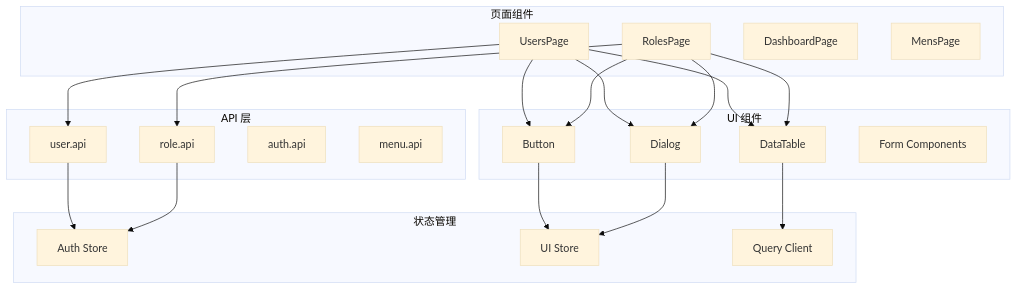
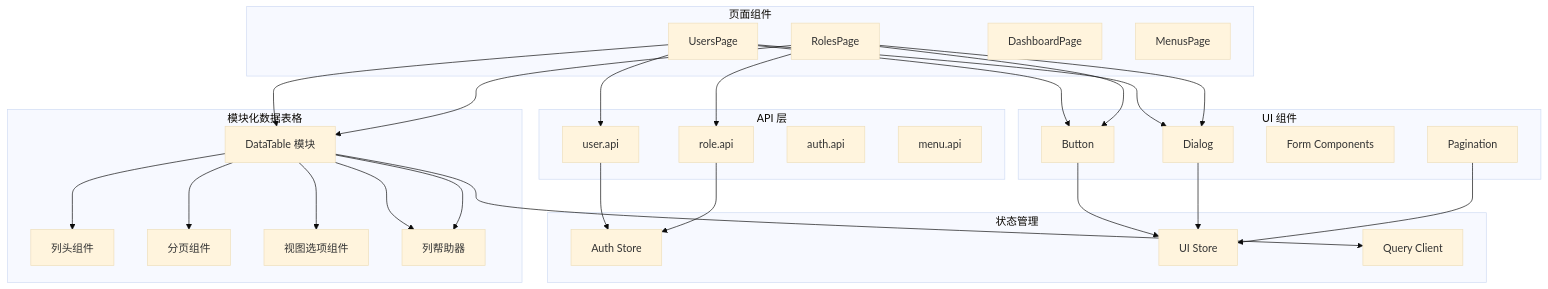
One commit to translateServers/nodes-stack changed diagram 13 of 13 in .qoder/repowiki/zh/content/开发工具/UI_UX Pro Max 技能系统.md. Above: the diagram before and after it, drawn with Mermaid (base theme). The commit also changed other lines of this file and 9 other files, not shown here.

````diff
--- a/.qoder/repowiki/zh/content/开发工具/UI_UX Pro Max 技能系统.md
+++ b/.qoder/repowiki/zh/content/开发工具/UI_UX Pro Max 技能系统.md
@@ -359,39 +477,48 @@
 ```mermaid
 graph TB
 subgraph "页面组件"
 A[UsersPage]
 B[RolesPage]
 C[DashboardPage]
-D[MensPage]
+D[MenusPage]
 end
 subgraph "API 层"
 E[user.api]
 F[role.api]
 G[auth.api]
 H[menu.api]
 end
+subgraph "模块化数据表格"
+I[DataTable 模块]
+I --> I1[列头组件]
+I --> I2[分页组件]
+I --> I3[视图选项组件]
+I --> I4[列帮助器]
+end
 subgraph "UI 组件"
-I[DataTable]
 J[Button]
 K[Dialog]
 L[Form Components]
+M[Pagination]
 end
 subgraph "状态管理"
-M[Auth Store]
-N[UI Store]
-O[Query Client]
+N[Auth Store]
+O[UI Store]
+P[Query Client]
 end
 A --> E
 B --> F
 A --> I
 B --> I
 A --> J
 B --> J
 A --> K
 B --> K
-E --> M
-F --> M
-I --> O
-J --> N
-K --> N
+E --> N
+F --> N
+I --> P
+I --> I4
+J --> O
+K --> O
+M --> O
 ```
````
